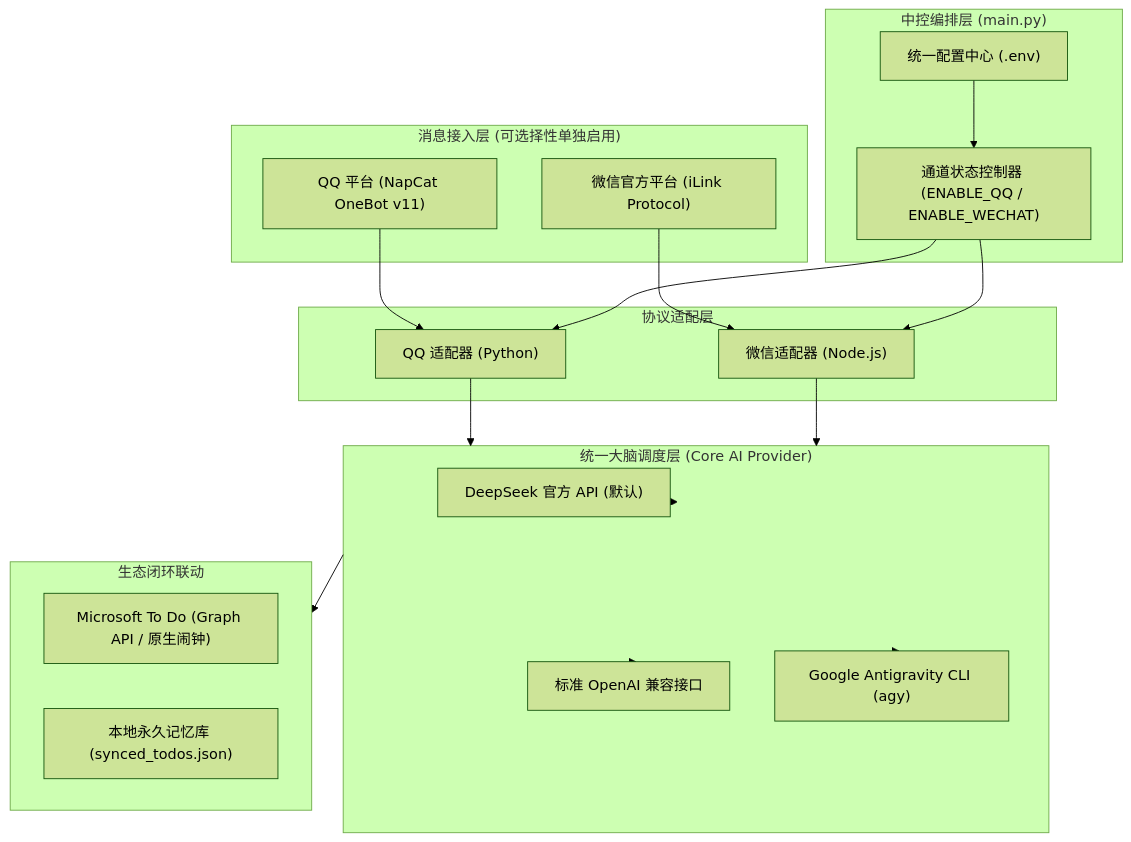
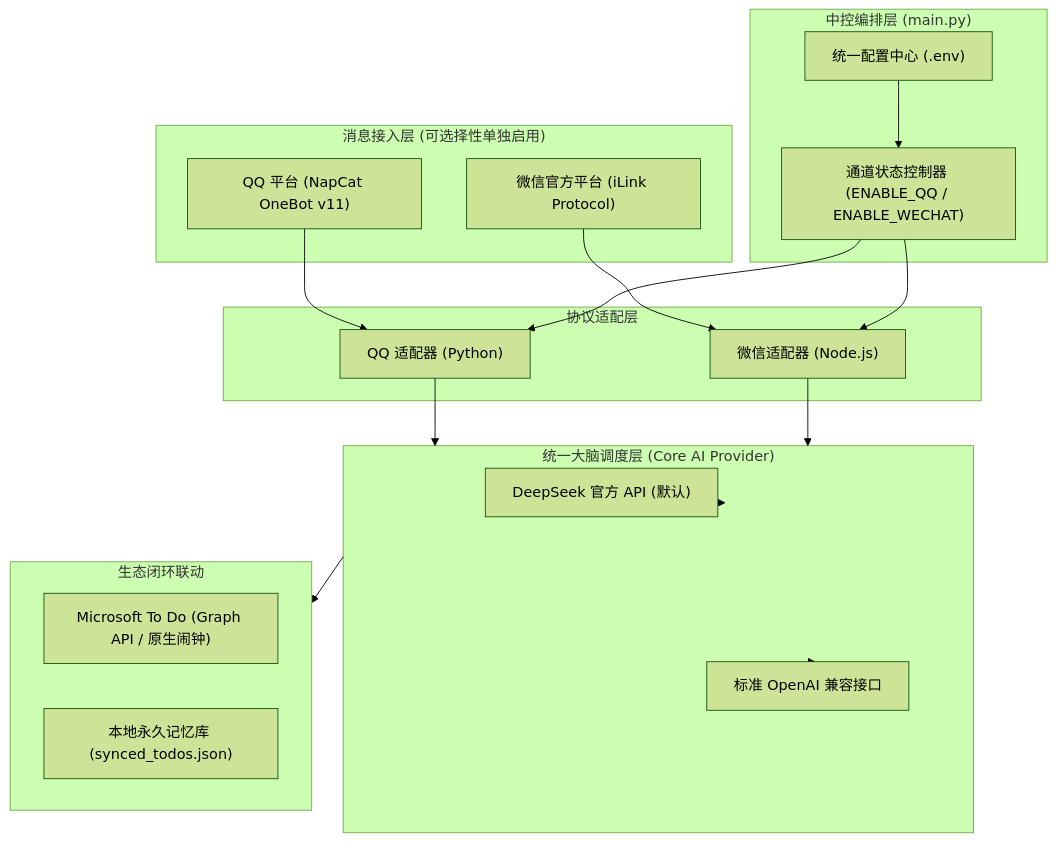
One commit to waaogg/omni-assistant changed the diagram in README_CN.md. Above: the diagram before and after it, drawn with Mermaid (forest theme). The commit also changed other lines of this file and 16 other files, not shown here.

````diff
--- a/README_CN.md
+++ b/README_CN.md
@@ -49,40 +50,38 @@
 ```mermaid
 flowchart TD
     subgraph Channels ["消息接入层 (可选择性单独启用)"]
         QQ["QQ 平台 (NapCat OneBot v11)"]
         WX["微信官方平台 (iLink Protocol)"]
     end
 
     subgraph Adapters ["协议适配层"]
         QA["QQ 适配器 (Python)"]
         WA["微信适配器 (Node.js)"]
     end
 
     subgraph Orchestrator ["中控编排层 (main.py)"]
         CFG["统一配置中心 (.env)"]
         SW["通道状态控制器 (ENABLE_QQ / ENABLE_WECHAT)"]
     end
 
     subgraph Brain ["统一大脑调度层 (Core AI Provider)"]
         DS["DeepSeek 官方 API (默认)"]
         OAI["标准 OpenAI 兼容接口"]
-        AGY["Google Antigravity CLI (agy)"]
     end
 
     subgraph Integration ["生态闭环联动"]
         TODO["Microsoft To Do (Graph API / 原生闹钟)"]
         MEM["本地永久记忆库 (synced_todos.json)"]
     end
 
     QQ --> QA
     WX --> WA
     CFG --> SW
     SW --> QA
     SW --> WA
     QA --> Brain
     WA --> Brain
     Brain --> DS
     Brain --> OAI
-    Brain --> AGY
     Brain --> Integration
 ```
````
